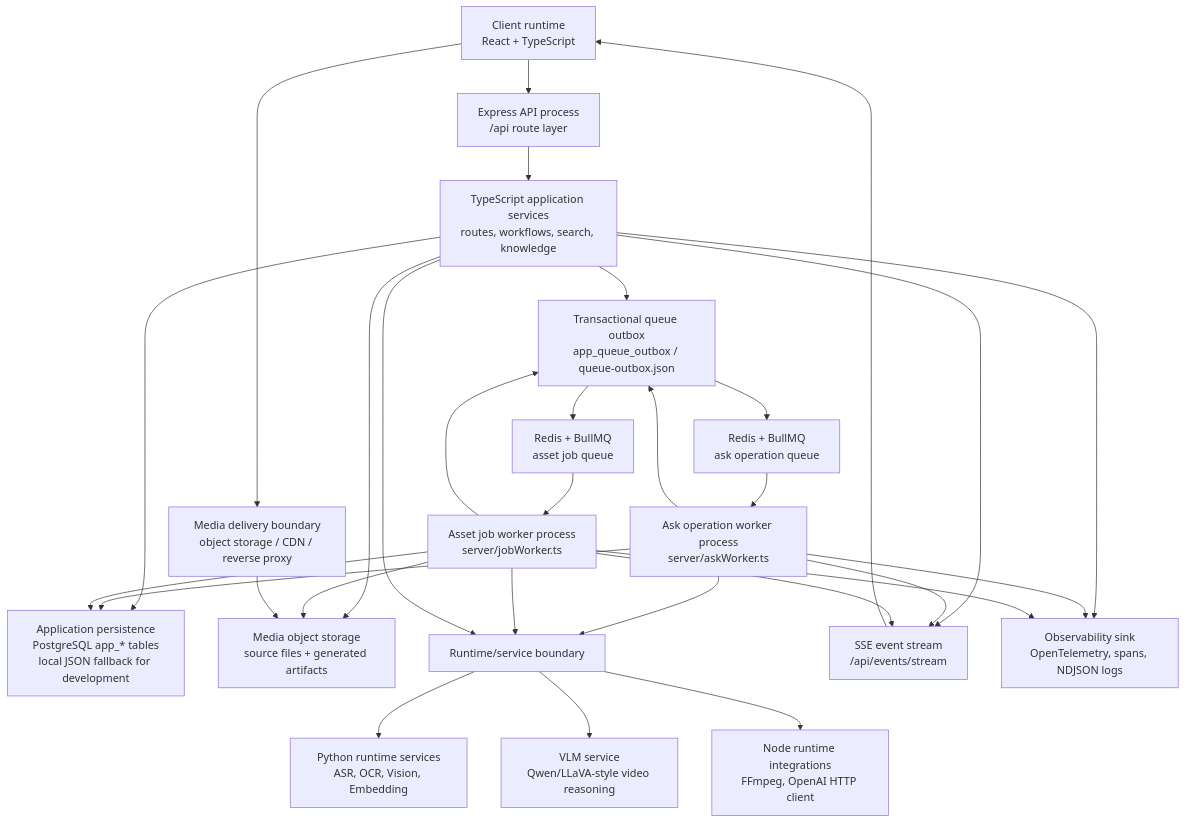
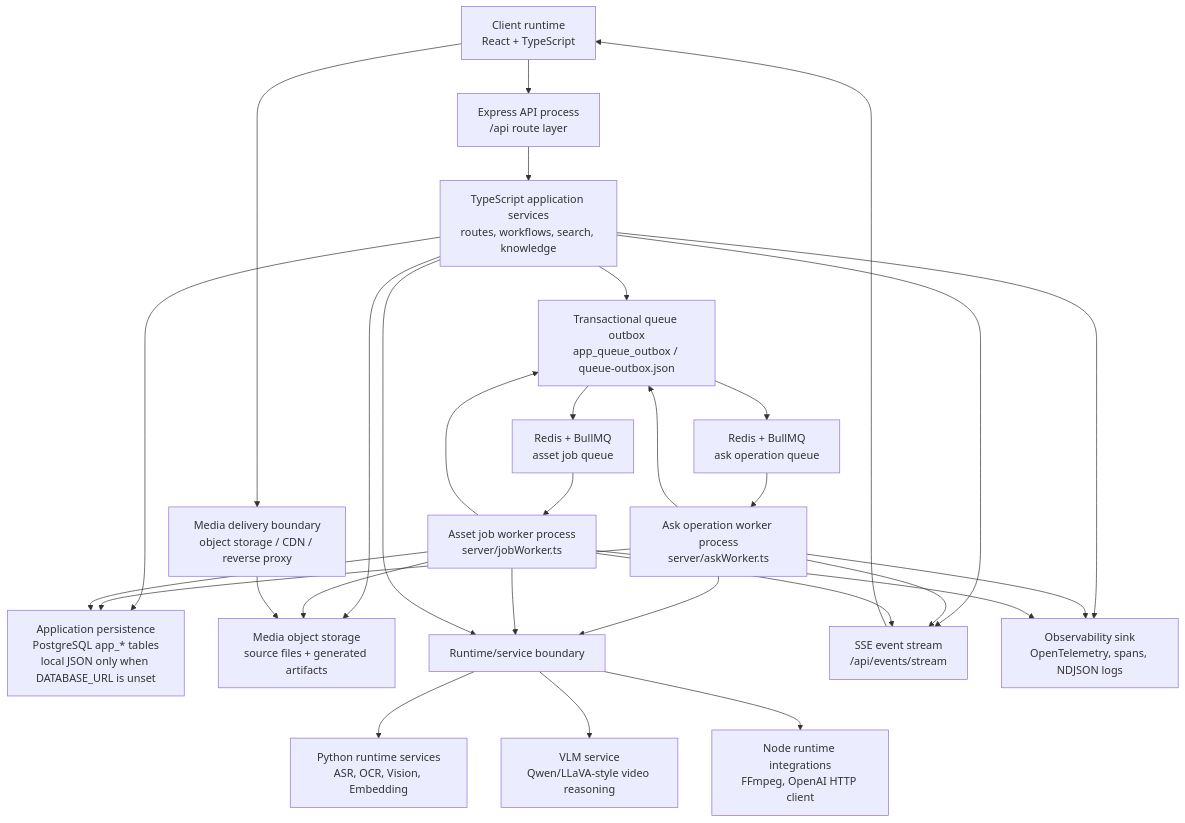
The first of 6 diagrams in docs/architecture.md (iziz/Arion), drawn with Mermaid before and after one commit. The commit also changed other lines of this file and 14 other files, not shown here.

````diff
--- a/docs/architecture.md
+++ b/docs/architecture.md
@@ -46,40 +46,40 @@
 ```mermaid
 flowchart TB
   Client["Client runtime\nReact + TypeScript"] --> Api["Express API process\n/api route layer"]
   Client --> MediaDelivery["Media delivery boundary\nobject storage / CDN / reverse proxy"]
 
   Api --> Services["TypeScript application services\nroutes, workflows, search, knowledge"]
-  Services --> AppState["Application persistence\nPostgreSQL app_* tables\nlocal JSON fallback for development"]
+  Services --> AppState["Application persistence\nPostgreSQL app_* tables\nlocal JSON only when DATABASE_URL is unset"]
   Services --> QueueOutbox["Transactional queue outbox\napp_queue_outbox / queue-outbox.json"]
   QueueOutbox --> AskQueue["Redis + BullMQ\nask operation queue"]
   QueueOutbox --> AssetQueue["Redis + BullMQ\nasset job queue"]
 
   AskQueue --> AskWorker["Ask operation worker process\nserver/askWorker.ts"]
   AssetQueue --> AssetWorker["Asset job worker process\nserver/jobWorker.ts"]
 
   AskWorker --> AppState
   AssetWorker --> AppState
   AskWorker --> QueueOutbox
   AssetWorker --> QueueOutbox
 
   Services --> MediaStore["Media object storage\nsource files + generated artifacts"]
   AssetWorker --> MediaStore
   MediaDelivery --> MediaStore
 
   AskWorker --> RuntimeBoundary["Runtime/service boundary"]
   AssetWorker --> RuntimeBoundary
   Services --> RuntimeBoundary
 
   RuntimeBoundary --> PythonServices["Python runtime services\nASR, OCR, Vision, Embedding"]
   RuntimeBoundary --> VlmService["VLM service\nQwen/LLaVA-style video reasoning"]
   RuntimeBoundary --> NodeIntegrations["Node runtime integrations\nFFmpeg, OpenAI HTTP client"]
 
   Services --> Realtime["SSE event stream\n/api/events/stream"]
   AskWorker --> Realtime
   AssetWorker --> Realtime
   Realtime --> Client
 
   Services --> Observability["Observability sink\nOpenTelemetry, spans, NDJSON logs"]
   AskWorker --> Observability
   AssetWorker --> Observability
 ```
````
